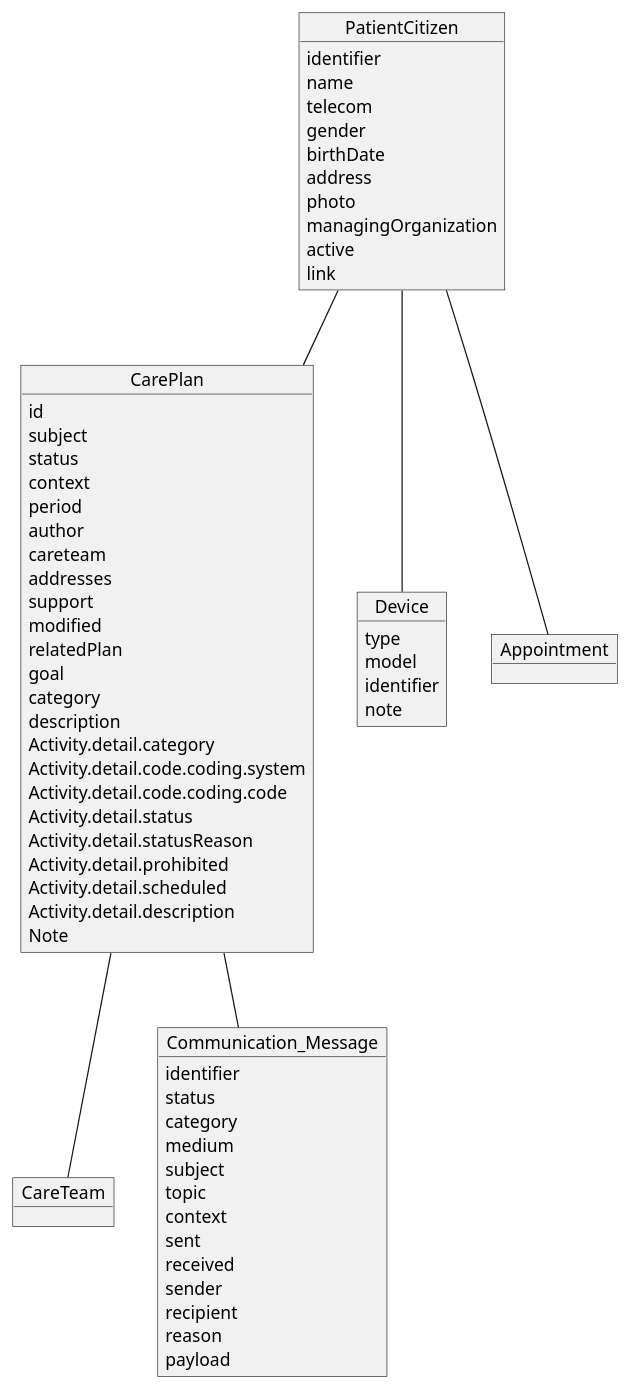
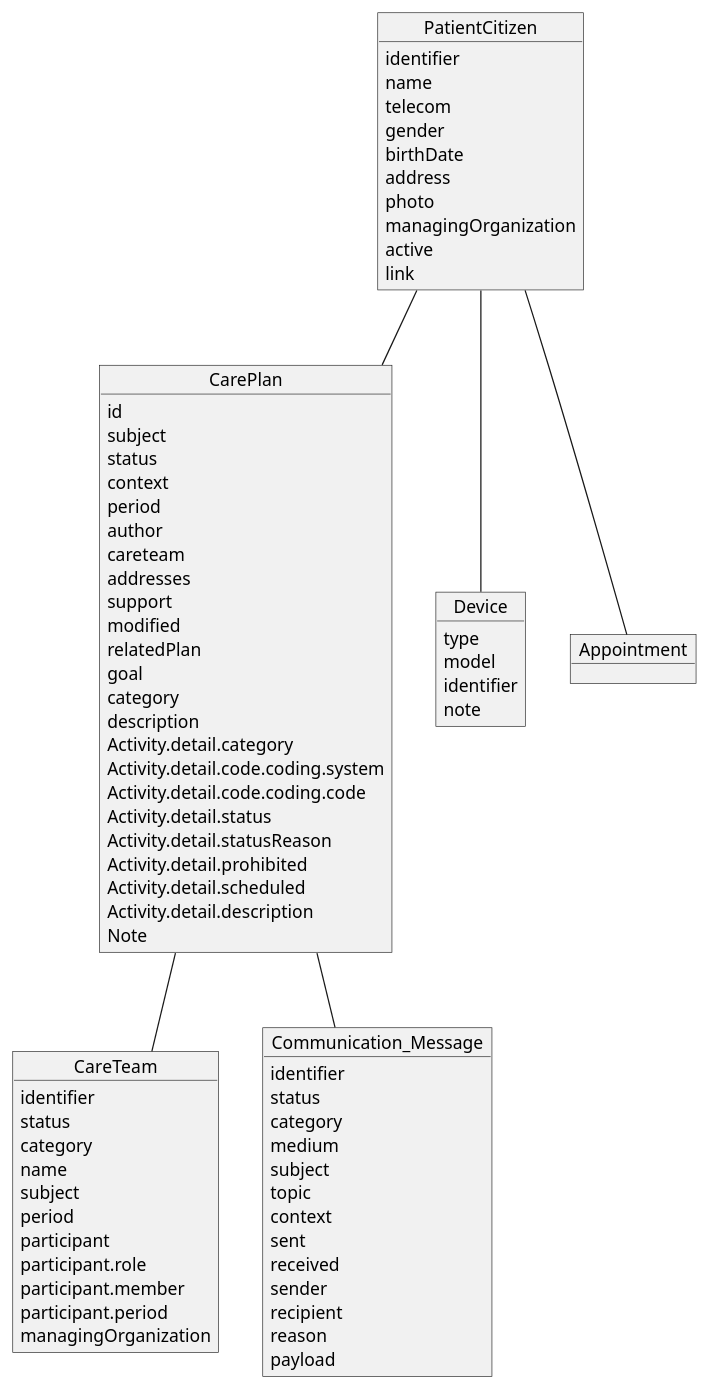
One commit to omahoito/rfc changed the diagram in PLANTUML_Diagrams/Resources.plantuml. Above: the diagram before and after it, drawn with PlantUML.

```diff
--- a/PLANTUML_Diagrams/Resources.plantuml
+++ b/PLANTUML_Diagrams/Resources.plantuml
@@ -1,78 +1,89 @@
 @startuml
 object PatientCitizen{
     identifier
     name
     telecom
     gender
     birthDate
     address
     photo
     managingOrganization
     active
     link
 }
 
 object CareTeam{
+    identifier
+    status
+    category
+    name
+    subject
+    period
+    participant
+    participant.role
+    participant.member
+    participant.period
+    managingOrganization
 }
 
 object CarePlan{
     id
     subject
     status
     context
     period
     author
     careteam
     addresses
     support
     modified
     relatedPlan
     goal
     category
     description
     Activity.detail.category
     Activity.detail.code.coding.system
     Activity.detail.code.coding.code
     Activity.detail.status
     Activity.detail.statusReason
     Activity.detail.prohibited
     Activity.detail.scheduled
     Activity.detail.description
     Note
 }
 
 
 object Communication_Message{
     identifier
     status
     category
     medium
     subject
     topic
     context
     sent
     received
     sender
     recipient
     reason
     payload    
 }
 
 object Device{
     type
     model
     identifier
     note
 }
 
 object Appointment{
 }
 
 PatientCitizen -- Device
 PatientCitizen -- Appointment
 
 PatientCitizen -- CarePlan
 
 CarePlan -- CareTeam
 CarePlan -- Communication_Message
 @enduml
```
